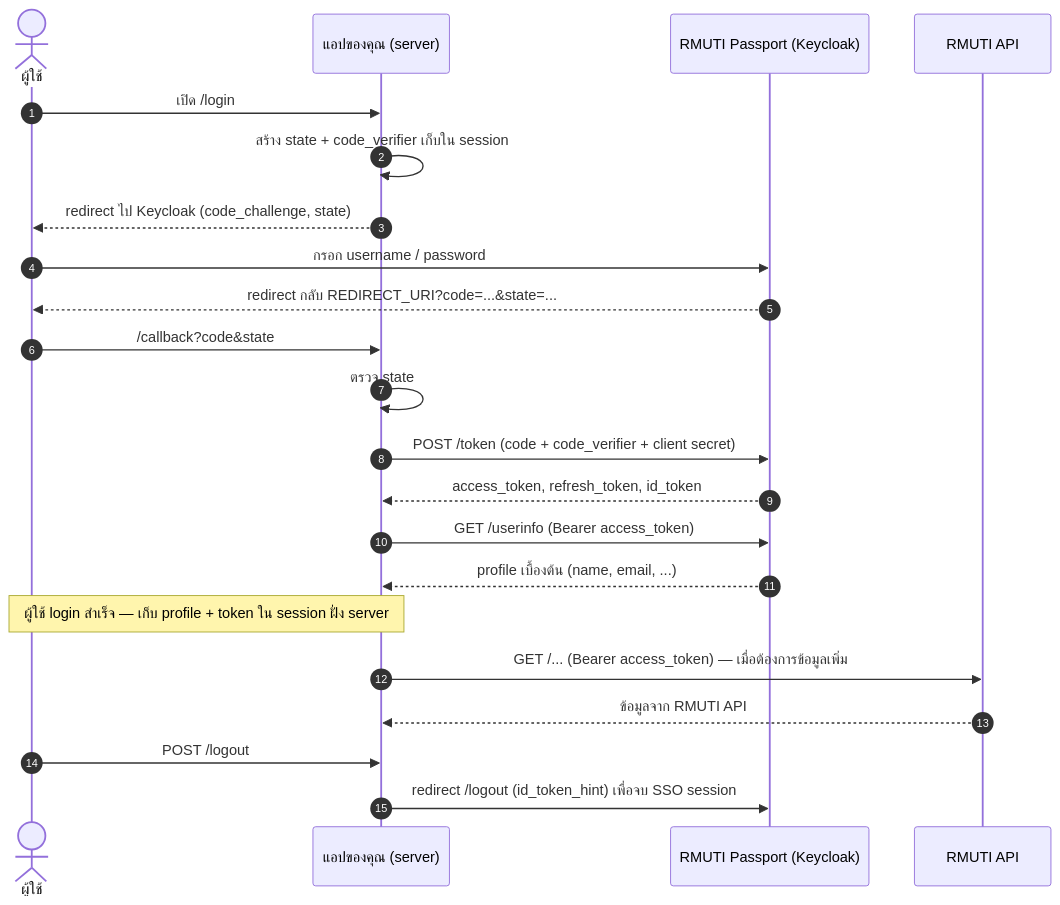
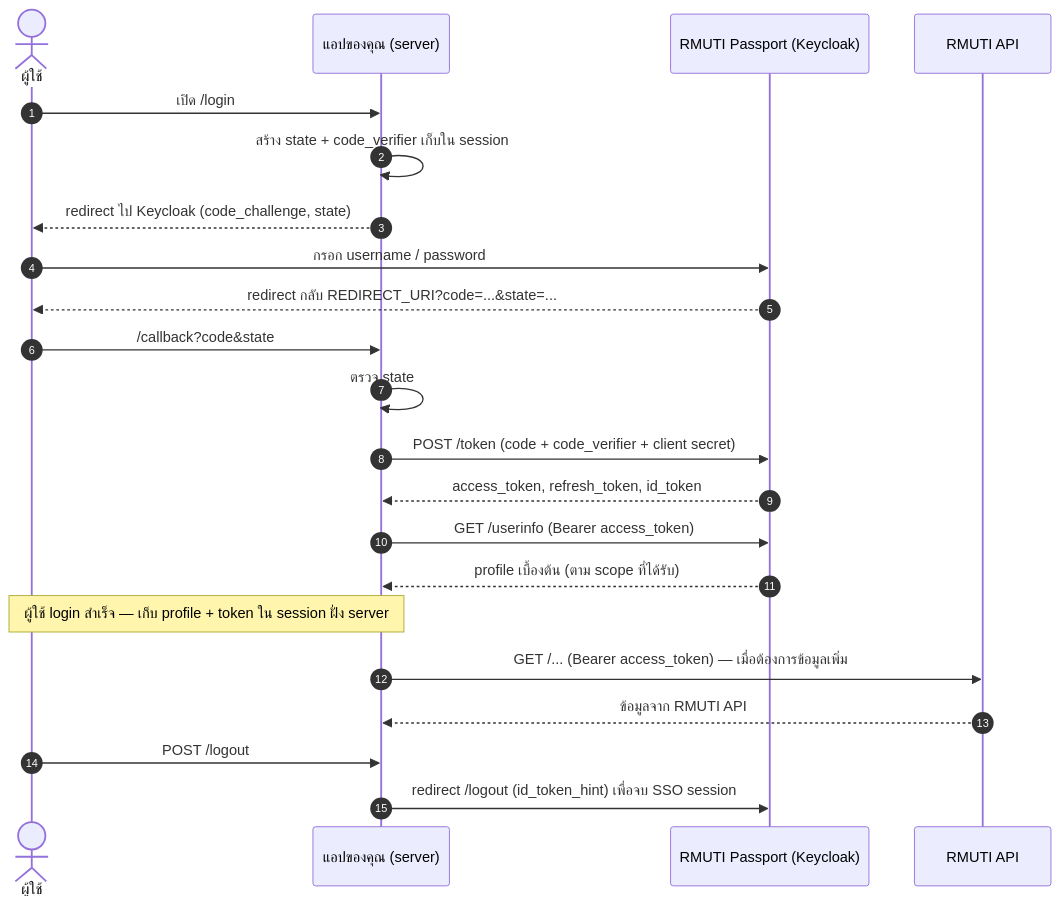
One commit to RMUTI-Dev/rmuti-api-examples changed the diagram in README.md. Above: the diagram before and after it, drawn with Mermaid. The commit also changed other lines of this file and 8 other files, not shown here.

````diff
--- a/README.md
+++ b/README.md
@@ -35,25 +35,25 @@
 ```mermaid
 sequenceDiagram
     autonumber
     actor U as ผู้ใช้
     participant App as แอปของคุณ (server)
     participant KC as RMUTI Passport (Keycloak)
     participant API as RMUTI API
 
     U->>App: เปิด /login
     App->>App: สร้าง state + code_verifier เก็บใน session
     App-->>U: redirect ไป Keycloak (code_challenge, state)
     U->>KC: กรอก username / password
     KC-->>U: redirect กลับ REDIRECT_URI?code=...&state=...
     U->>App: /callback?code&state
     App->>App: ตรวจ state
     App->>KC: POST /token (code + code_verifier + client secret)
     KC-->>App: access_token, refresh_token, id_token
     App->>KC: GET /userinfo (Bearer access_token)
-    KC-->>App: profile เบื้องต้น (name, email, ...)
+    KC-->>App: profile เบื้องต้น (ตาม scope ที่ได้รับ)
     Note over App,U: ผู้ใช้ login สำเร็จ — เก็บ profile + token ใน session ฝั่ง server
     App->>API: GET /... (Bearer access_token) — เมื่อต้องการข้อมูลเพิ่ม
     API-->>App: ข้อมูลจาก RMUTI API
     U->>App: POST /logout
     App->>KC: redirect /logout (id_token_hint) เพื่อจบ SSO session
 ```
````
